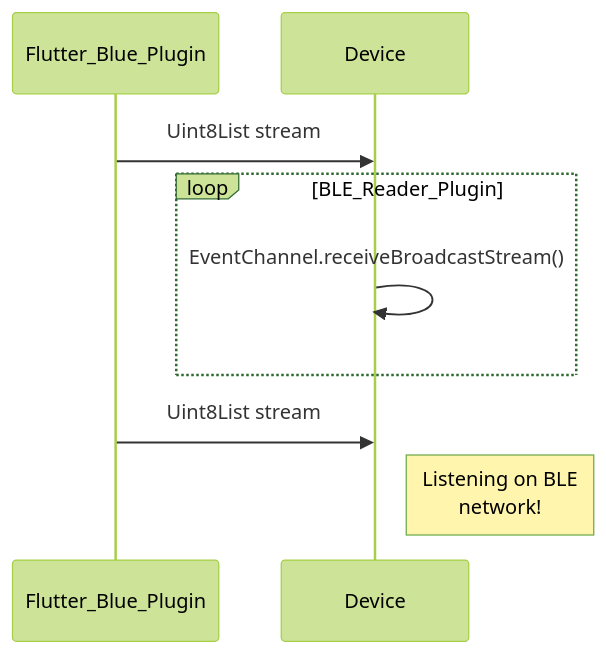
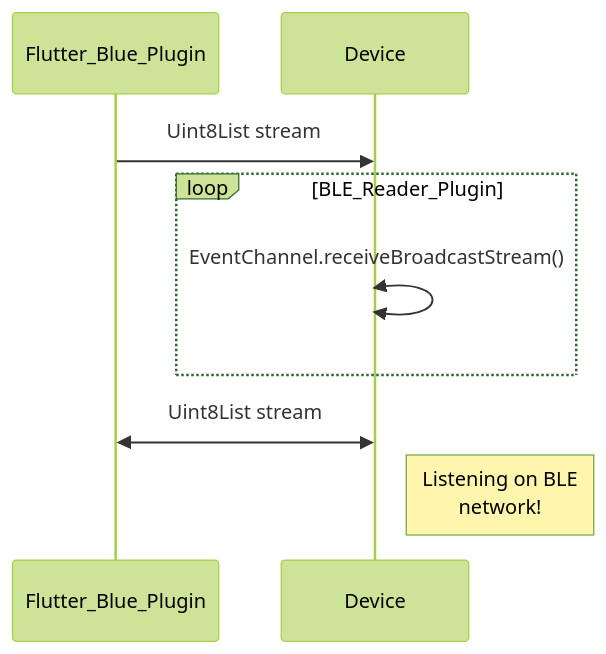
Before and after one commit to Doldrums/c: the diagram in README.md, drawn with Mermaid (forest theme).

````diff
--- a/README.md
+++ b/README.md
@@ -17,10 +17,10 @@
 ```mermaid
 sequenceDiagram
     participant Flutter_Blue_Plugin
     Flutter_Blue_Plugin->>Device: Uint8List stream 
     loop BLE_Reader_Plugin
-        Device->>Device: EventChannel.receiveBroadcastStream()
+        Device<<->>Device: EventChannel.receiveBroadcastStream()
     end
-    Flutter_Blue_Plugin->>Device: Uint8List stream 
+    Flutter_Blue_Plugin<<->>Device: Uint8List stream 
     Note right of Device: Listening on BLE <br/>network!
 ```
````
